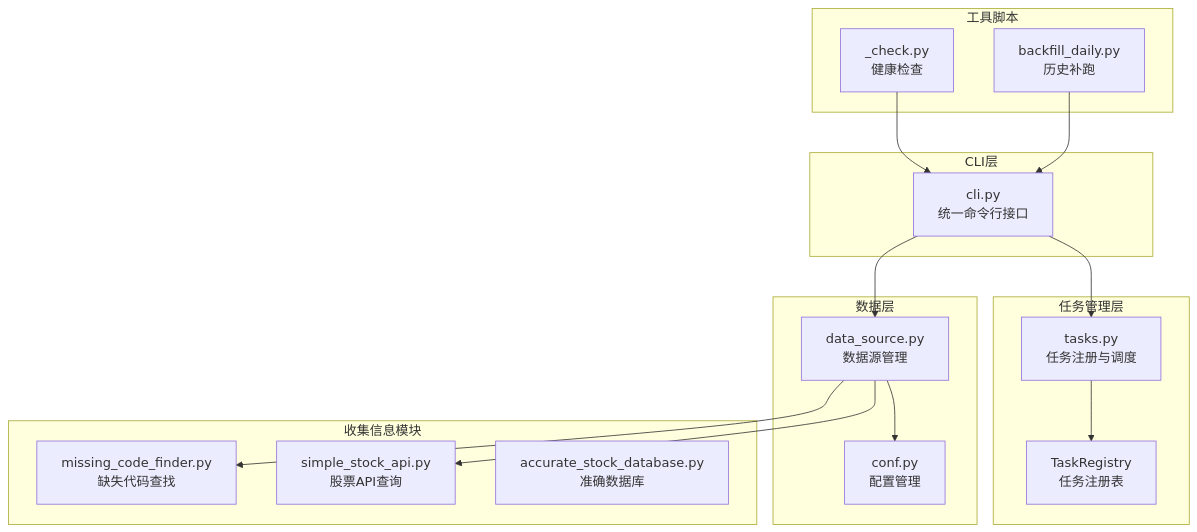
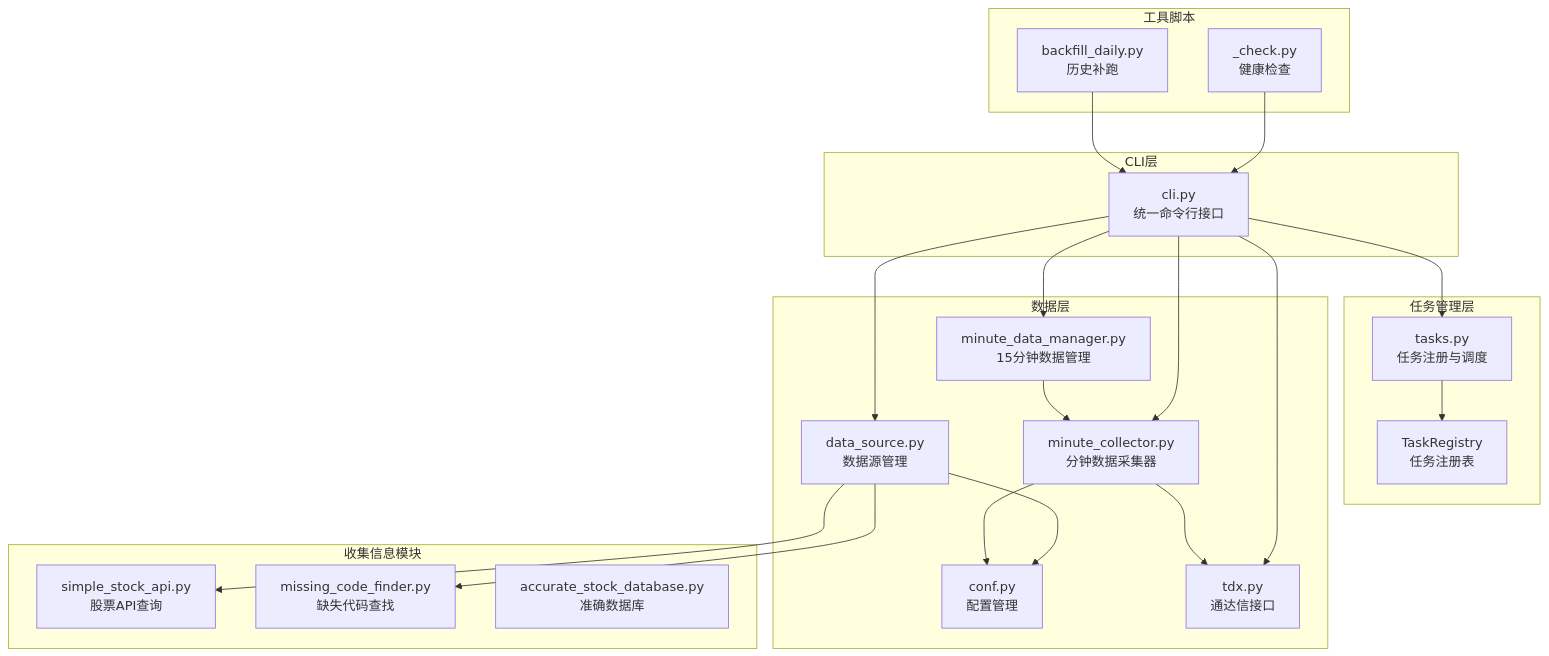
The first of 8 diagrams in .qoder/repowiki/zh/content/CLI命令参考/实用工具命令.md (ldeng76/quant-ETF), drawn with Mermaid before and after one commit. The commit also changed other lines of this file and 18 other files, not shown here.

````diff
--- a/.qoder/repowiki/zh/content/CLI命令参考/实用工具命令.md
+++ b/.qoder/repowiki/zh/content/CLI命令参考/实用工具命令.md
@@ -42,31 +46,40 @@
 ```mermaid
 graph TB
 subgraph "CLI层"
 CLI[cli.py<br/>统一命令行接口]
 end
 subgraph "任务管理层"
 Tasks[tasks.py<br/>任务注册与调度]
 Registry[TaskRegistry<br/>任务注册表]
 end
 subgraph "数据层"
 DataSource[data_source.py<br/>数据源管理]
 Config[conf.py<br/>配置管理]
+MinuteCollector[minute_collector.py<br/>分钟数据采集器]
+MinuteManager[minute_data_manager.py<br/>15分钟数据管理]
+TDX[tdx.py<br/>通达信接口]
 end
 subgraph "收集信息模块"
 API[simple_stock_api.py<br/>股票API查询]
 Finder[missing_code_finder.py<br/>缺失代码查找]
 Accurate[accurate_stock_database.py<br/>准确数据库]
 end
 subgraph "工具脚本"
 Check[_check.py<br/>健康检查]
 Backfill[backfill_daily.py<br/>历史补跑]
 end
 CLI --> Tasks
 CLI --> DataSource
+CLI --> MinuteCollector
+CLI --> MinuteManager
+CLI --> TDX
 Tasks --> Registry
 DataSource --> Config
 DataSource --> API
 DataSource --> Finder
+MinuteCollector --> Config
+MinuteCollector --> TDX
+MinuteManager --> MinuteCollector
 Check --> CLI
 Backfill --> CLI
 ```
````
